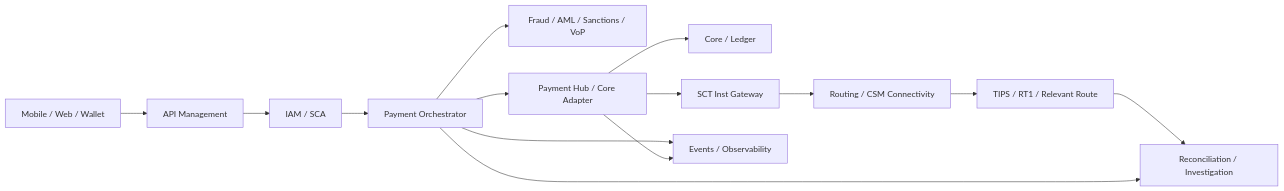
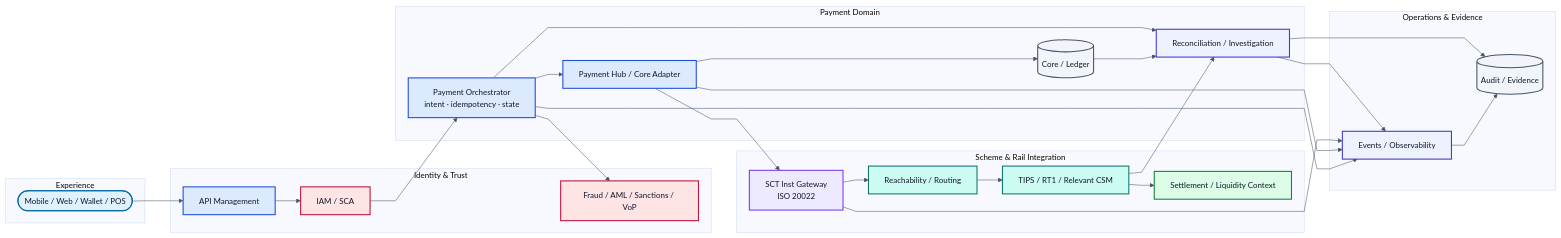
Before and after one commit to zdmooc/wero-epi-reference-architecture-handbook: the diagram in diagrams/mermaid/FIG-14-001-bank-reference-architecture.mmd, drawn with Mermaid. The commit also changed 8 other files, not shown here.

Commit message:
visual: establish V1 design system and prepare 8 hero figures

```diff
--- a/diagrams/mermaid/FIG-14-001-bank-reference-architecture.mmd
+++ b/diagrams/mermaid/FIG-14-001-bank-reference-architecture.mmd
@@ -1,27 +1,66 @@
 %% title: Bank reference architecture for Wero / instant payments
 %% view: application
 %% truth_level: REFERENCE_ARCHITECTURE
-%% last_verified: 2026-09-28
+%% last_verified: 2026-09-29
+%% sources: handbook reference architecture
+%% related_chapter: book/14-operations/02-bank-reference-architecture.md
+%% visual_system: V1
+%% layout: hero-landscape-wide
+%% role: master-visual-vocabulary
 
+%%{init: {"theme":"base","flowchart":{"curve":"linear","nodeSpacing":26,"rankSpacing":48},"themeVariables":{"fontFamily":"Arial, sans-serif","fontSize":"15px","lineColor":"#475569","primaryTextColor":"#0F172A"}}}%%
 flowchart LR
-    CH[Mobile / Web / Wallet]
-    API[API Management]
-    IAM[IAM / SCA]
-    ORCH[Payment Orchestrator]
-    RISK[Fraud / AML / Sanctions / VoP]
-    HUB[Payment Hub / Core Adapter]
-    CORE[Core / Ledger]
-    SCT[SCT Inst Gateway]
-    ROUTE[Routing / CSM Connectivity]
-    RAIL[TIPS / RT1 / Relevant Route]
-    REC[Reconciliation / Investigation]
-    EVT[Events / Observability]
+    subgraph EXP["Experience"]
+      CH(["Mobile / Web / Wallet / POS"]):::experience
+    end
+
+    subgraph TRUST["Identity & Trust"]
+      API["API Management"]:::business
+      IAM["IAM / SCA"]:::security
+      RISK["Fraud / AML / Sanctions / VoP"]:::security
+    end
+
+    subgraph PAY["Payment Domain"]
+      ORCH["Payment Orchestrator<br/>intent · idempotency · state"]:::business
+      HUB["Payment Hub / Core Adapter"]:::business
+      CORE[("Core / Ledger")]:::data
+      REC["Reconciliation / Investigation"]:::operations
+    end
+
+    subgraph RAILS["Scheme & Rail Integration"]
+      SCT["SCT Inst Gateway<br/>ISO 20022"]:::scheme
+      ROUTE["Reachability / Routing"]:::rail
+      RAIL["TIPS / RT1 / Relevant CSM"]:::rail
+      LIQ["Settlement / Liquidity Context"]:::settlement
+    end
+
+    subgraph OPS["Operations & Evidence"]
+      EVT["Events / Observability"]:::operations
+      AUD[("Audit / Evidence")]:::data
+    end
 
     CH --> API --> IAM --> ORCH
     ORCH --> RISK
     ORCH --> HUB --> CORE
     HUB --> SCT --> ROUTE --> RAIL
+    RAIL --> LIQ
+
     RAIL --> REC
+    CORE --> REC
     ORCH --> REC
+
     ORCH --> EVT
     HUB --> EVT
+    SCT --> EVT
+    REC --> EVT
+    EVT --> AUD
+    REC --> AUD
+
+    classDef experience fill:#E0F2FE,stroke:#0369A1,color:#0F172A,stroke-width:2px;
+    classDef business fill:#DBEAFE,stroke:#1D4ED8,color:#0F172A,stroke-width:2px;
+    classDef scheme fill:#EDE9FE,stroke:#7C3AED,color:#0F172A,stroke-width:2px;
+    classDef rail fill:#CCFBF1,stroke:#0F766E,color:#0F172A,stroke-width:2px;
+    classDef settlement fill:#DCFCE7,stroke:#15803D,color:#0F172A,stroke-width:2px;
+    classDef data fill:#F1F5F9,stroke:#475569,color:#0F172A,stroke-width:2px;
+    classDef security fill:#FFE4E6,stroke:#BE123C,color:#0F172A,stroke-width:2px;
+    classDef operations fill:#EEF2FF,stroke:#4338CA,color:#0F172A,stroke-width:2px;
```
